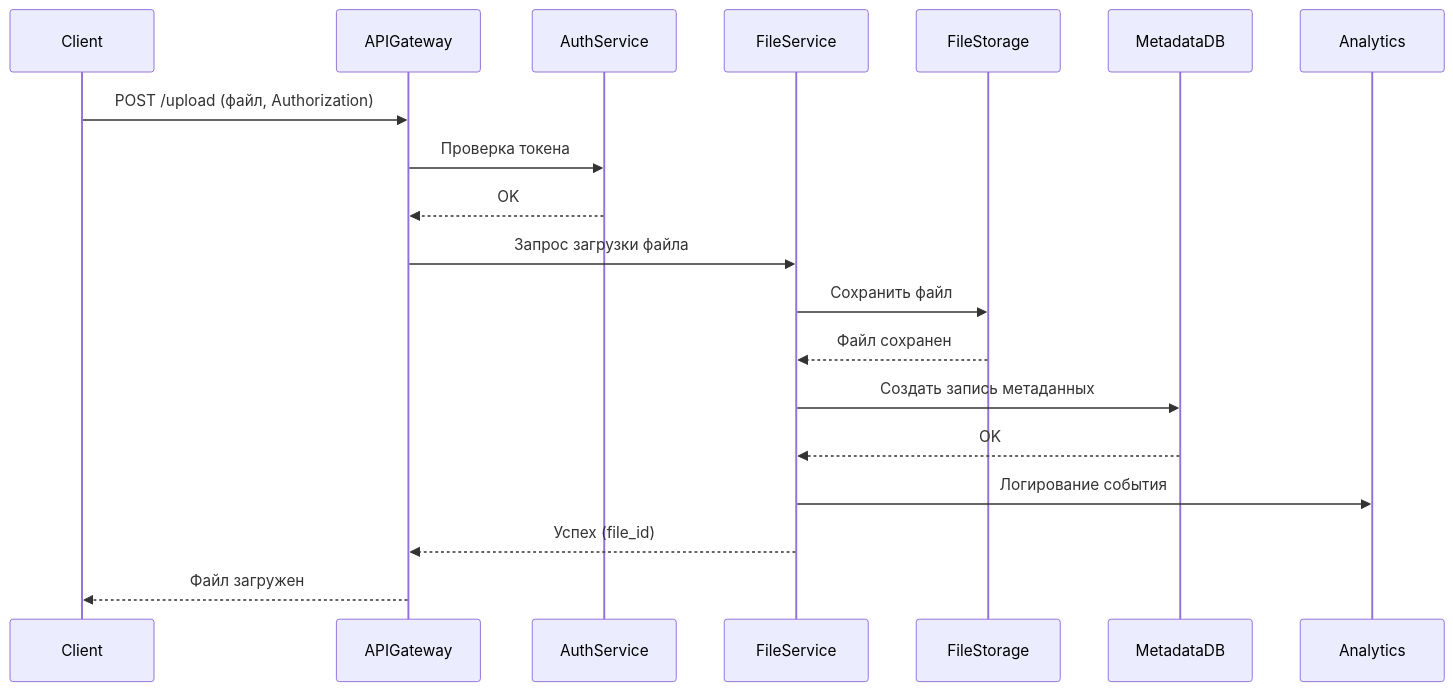
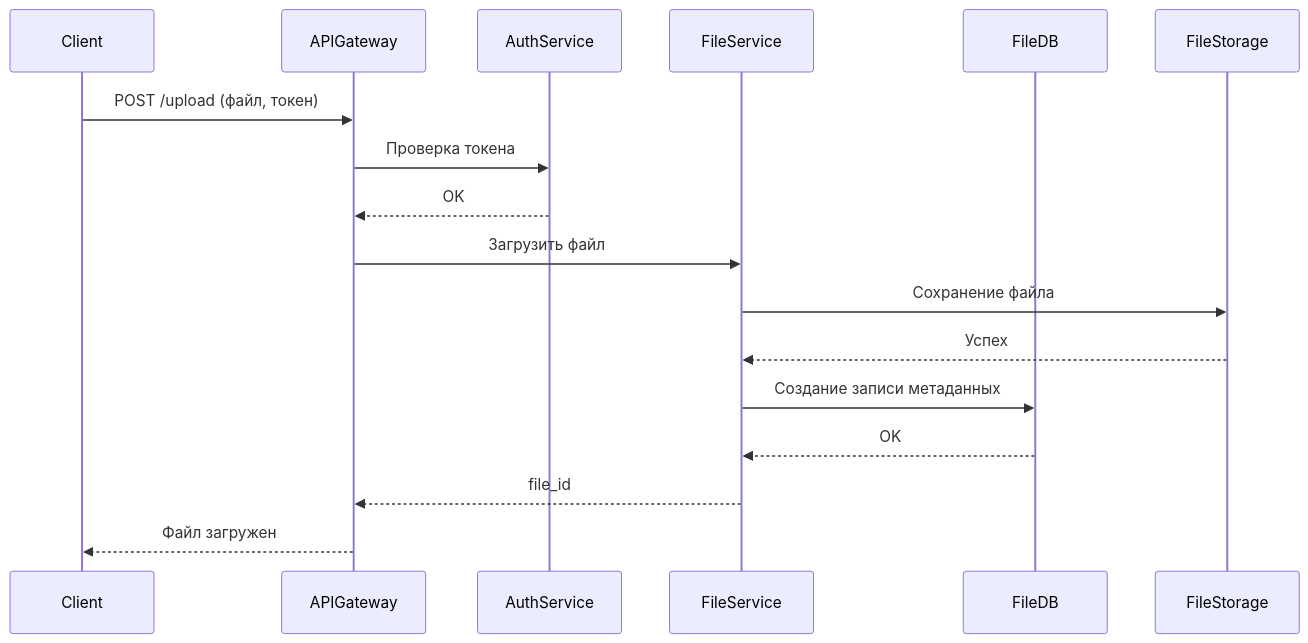
One commit to spbu-ds-practicum-2025/vanya-and-co changed the third of 7 diagrams in docs/tr.md. Above: the diagram before and after it, drawn with Mermaid. The commit also changed other lines of this file, not shown here.

````diff
--- a/docs/tr.md
+++ b/docs/tr.md
@@ -175,22 +182,20 @@
 ```mermaid
 sequenceDiagram
   participant Client
   participant APIGateway
   participant AuthService
   participant FileService
+  participant FileDB
   participant FileStorage
-  participant MetadataDB
-  participant Analytics
 
-  Client->>APIGateway: POST /upload (файл, Authorization)
+  Client->>APIGateway: POST /upload (файл, токен)
   APIGateway->>AuthService: Проверка токена
   AuthService-->>APIGateway: OK
-  APIGateway->>FileService: Запрос загрузки файла
-  FileService->>FileStorage: Сохранить файл
-  FileStorage-->>FileService: Файл сохранен
-  FileService->>MetadataDB: Создать запись метаданных
-  MetadataDB-->>FileService: OK
-  FileService->>Analytics: Логирование события
-  FileService-->>APIGateway: Успех (file_id)
+  APIGateway->>FileService: Загрузить файл
+  FileService->>FileStorage: Сохранение файла
+  FileStorage-->>FileService: Успех
+  FileService->>FileDB: Создание записи метаданных
+  FileDB-->>FileService: OK
+  FileService-->>APIGateway: file_id
   APIGateway-->>Client: Файл загружен
 ```
````
